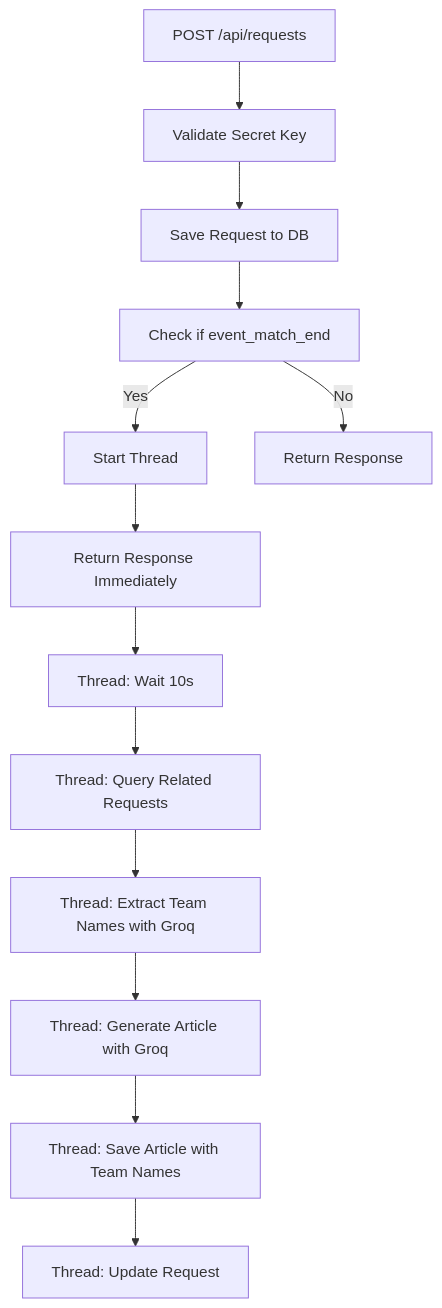
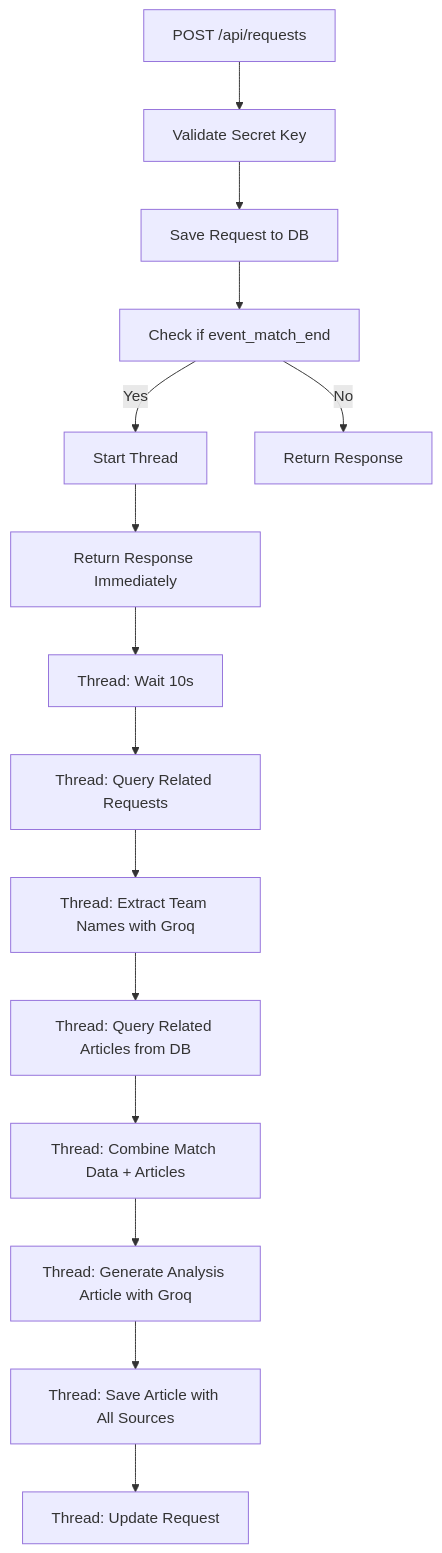
The diagram in ASYNC_ARTICLE_GENERATION.md (tuananhhust05/admin_manage_crawl), drawn with Mermaid before and after one commit. The commit also changed other lines of this file and 2 other files, not shown here.

````diff
--- a/ASYNC_ARTICLE_GENERATION.md
+++ b/ASYNC_ARTICLE_GENERATION.md
@@ -130,15 +141,17 @@
 ```mermaid
 graph TD
     A[POST /api/requests] --> B[Validate Secret Key]
     B --> C[Save Request to DB]
     C --> D[Check if event_match_end]
     D -->|Yes| E[Start Thread]
     D -->|No| F[Return Response]
     E --> G[Return Response Immediately]
     G --> H[Thread: Wait 10s]
     H --> I[Thread: Query Related Requests]
     I --> J[Thread: Extract Team Names with Groq]
-    J --> K[Thread: Generate Article with Groq]
-    K --> L[Thread: Save Article with Team Names]
-    L --> M[Thread: Update Request]
+    J --> K[Thread: Query Related Articles from DB]
+    K --> L[Thread: Combine Match Data + Articles]
+    L --> M[Thread: Generate Analysis Article with Groq]
+    M --> N[Thread: Save Article with All Sources]
+    N --> O[Thread: Update Request]
 ```
````
